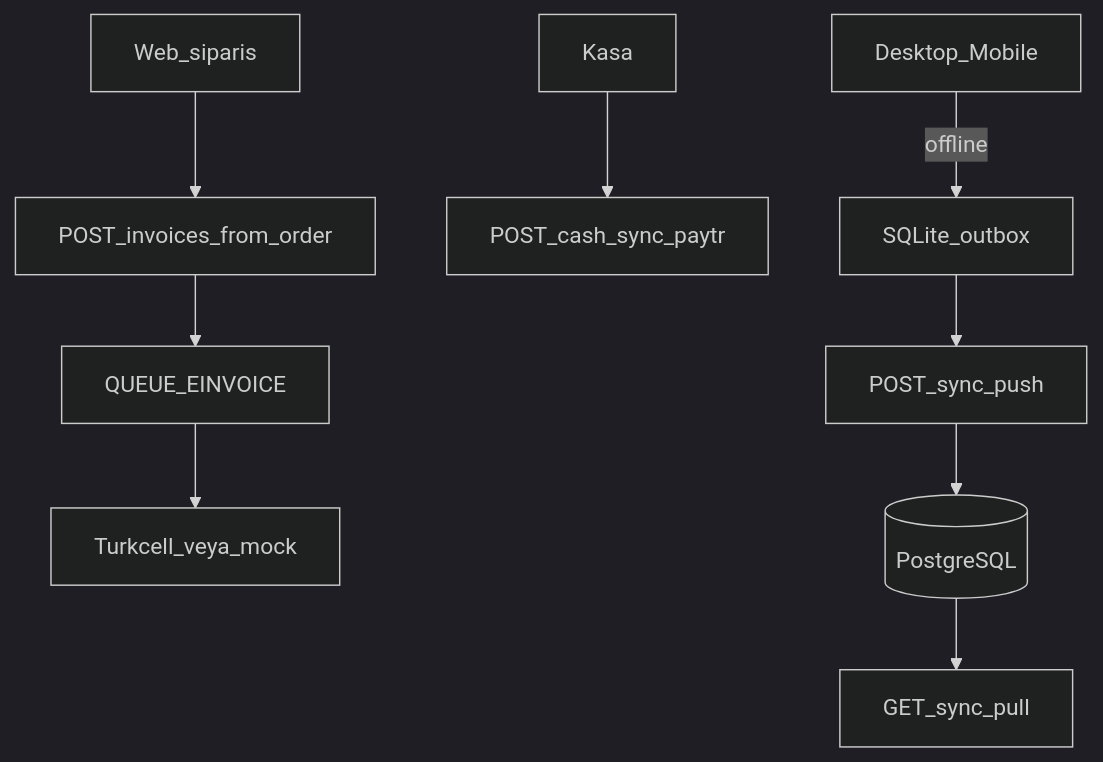
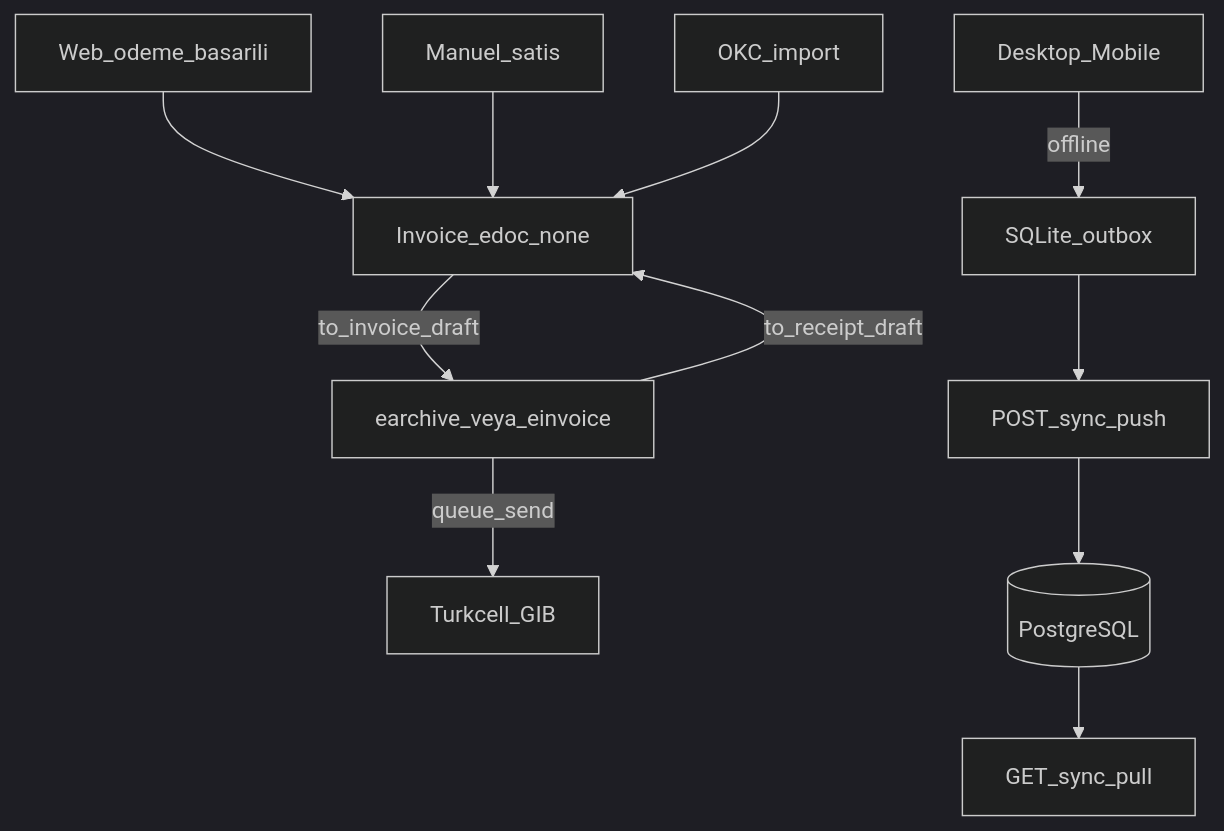
One commit to adorratm/kiliccofferoaster changed the diagram in documents/accounting.md. Above: the diagram before and after it, drawn with Mermaid (dark theme). The commit also changed other lines of this file and 31 other files, not shown here.

````diff
--- a/documents/accounting.md
+++ b/documents/accounting.md
@@ -7,11 +7,13 @@
 ```mermaid
 flowchart TD
-  webOrder[Web_siparis] --> invoice[POST_invoices_from_order]
-  invoice --> queue[QUEUE_EINVOICE]
-  queue --> turkcell[Turkcell_veya_mock]
-  cash[Kasa] --> paytrSync[POST_cash_sync_paytr]
+  webPaid[Web_odeme_basarili] --> fis[Invoice_edoc_none]
+  manual[Manuel_satis] --> fis
+  okcImport[OKC_import] --> fis
+  fis -->|to_invoice_draft| fatura[earchive_veya_einvoice]
+  fatura -->|to_receipt_draft| fis
+  fatura -->|queue_send| gib[Turkcell_GIB]
   desktop[Desktop_Mobile] -->|offline| sqlite[SQLite_outbox]
   sqlite --> push[POST_sync_push]
   push --> pg[(PostgreSQL)]
   pg --> pull[GET_sync_pull]
 ```
````
